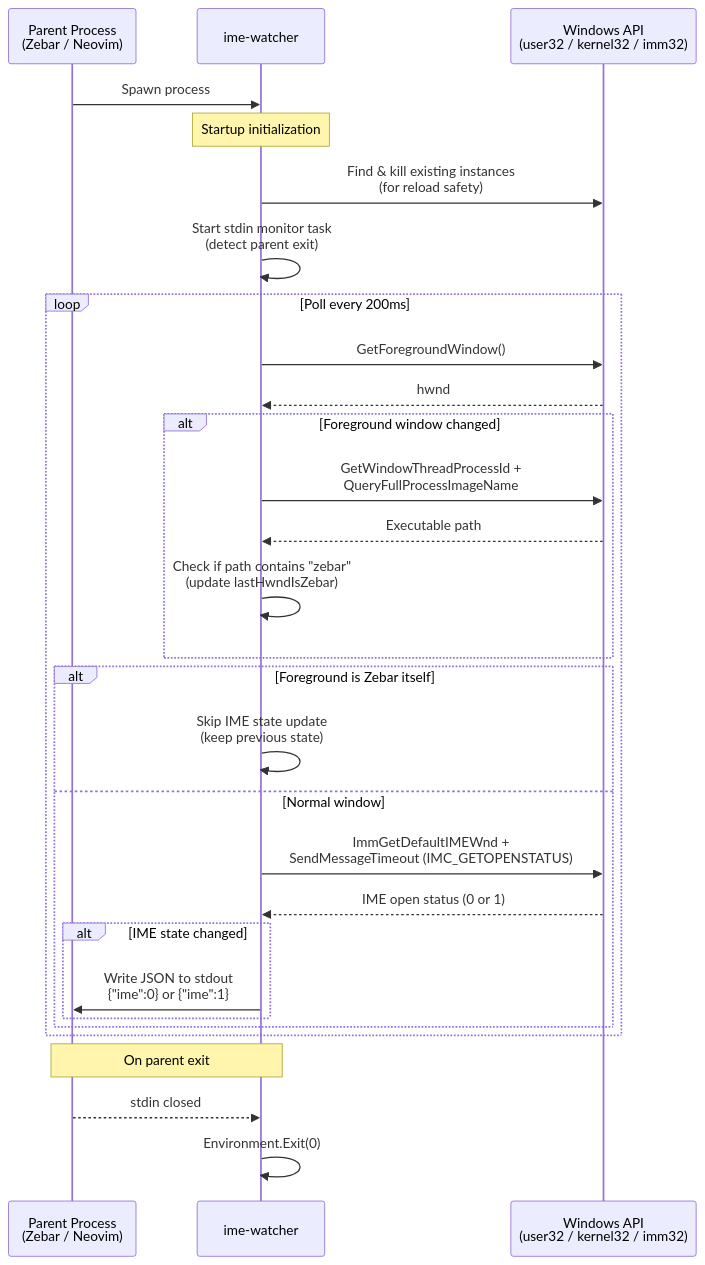
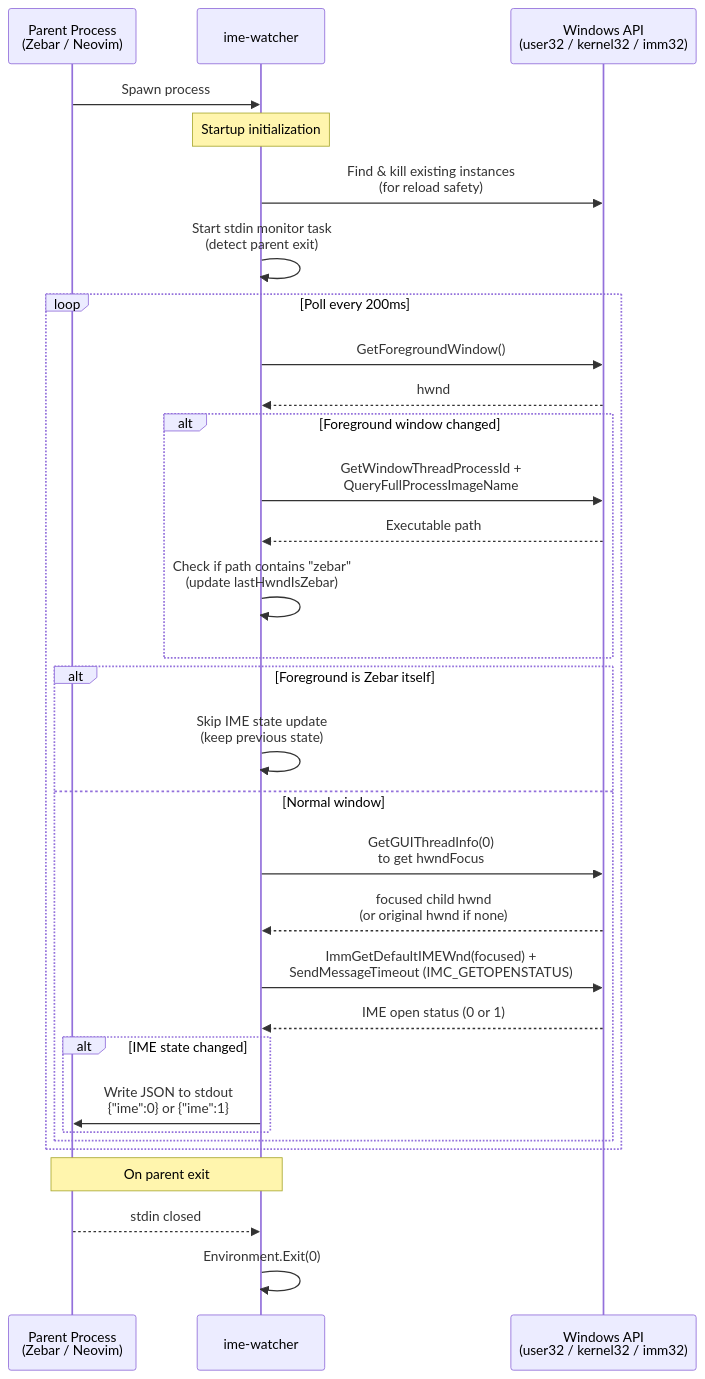
Before and after one commit to yuruyurau/ime-watcher: the diagram in README.md, drawn with Mermaid. The commit also changed other lines of this file, not shown here.

Commit message:
docs: update sequence diagram for GetGUIThreadInfo change

````diff
--- a/README.md
+++ b/README.md
@@ -20,37 +20,39 @@
 ```mermaid
 sequenceDiagram
     participant Zebar as Parent Process<br/>(Zebar / Neovim)
     participant Watcher as ime-watcher
     participant OS as Windows API<br/>(user32 / kernel32 / imm32)
 
     Zebar->>Watcher: Spawn process
     Note over Watcher: Startup initialization
     Watcher->>OS: Find & kill existing instances<br/>(for reload safety)
     Watcher->>Watcher: Start stdin monitor task<br/>(detect parent exit)
 
     loop Poll every 200ms
         Watcher->>OS: GetForegroundWindow()
         OS-->>Watcher: hwnd
 
         alt Foreground window changed
             Watcher->>OS: GetWindowThreadProcessId +<br/>QueryFullProcessImageName
             OS-->>Watcher: Executable path
             Watcher->>Watcher: Check if path contains "zebar"<br/>(update lastHwndIsZebar)
         end
 
         alt Foreground is Zebar itself
             Watcher->>Watcher: Skip IME state update<br/>(keep previous state)
         else Normal window
-            Watcher->>OS: ImmGetDefaultIMEWnd +<br/>SendMessageTimeout (IMC_GETOPENSTATUS)
+            Watcher->>OS: GetGUIThreadInfo(0)<br/>to get hwndFocus
+            OS-->>Watcher: focused child hwnd<br/>(or original hwnd if none)
+            Watcher->>OS: ImmGetDefaultIMEWnd(focused) +<br/>SendMessageTimeout (IMC_GETOPENSTATUS)
             OS-->>Watcher: IME open status (0 or 1)
 
             alt IME state changed
                 Watcher->>Zebar: Write JSON to stdout<br/>{"ime":0} or {"ime":1}
             end
         end
     end
 
     Note over Zebar,Watcher: On parent exit
     Zebar-->>Watcher: stdin closed
     Watcher->>Watcher: Environment.Exit(0)
 ```
````
